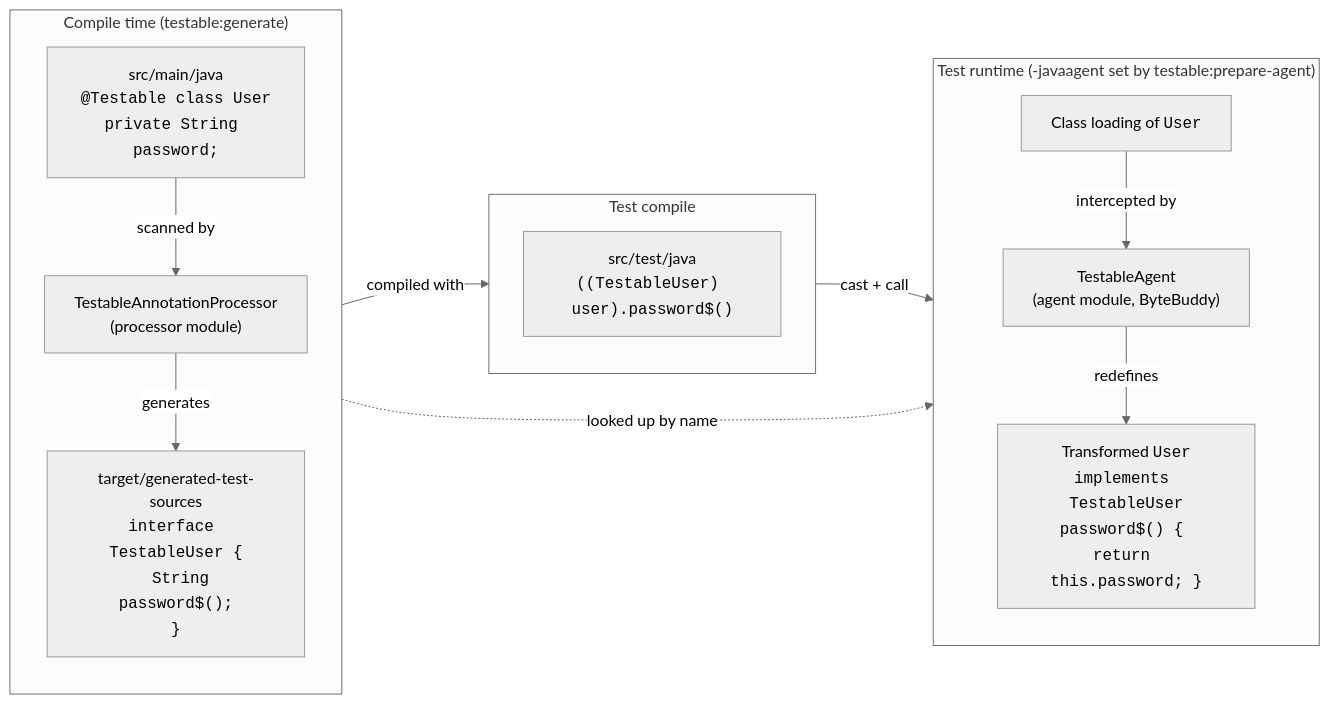
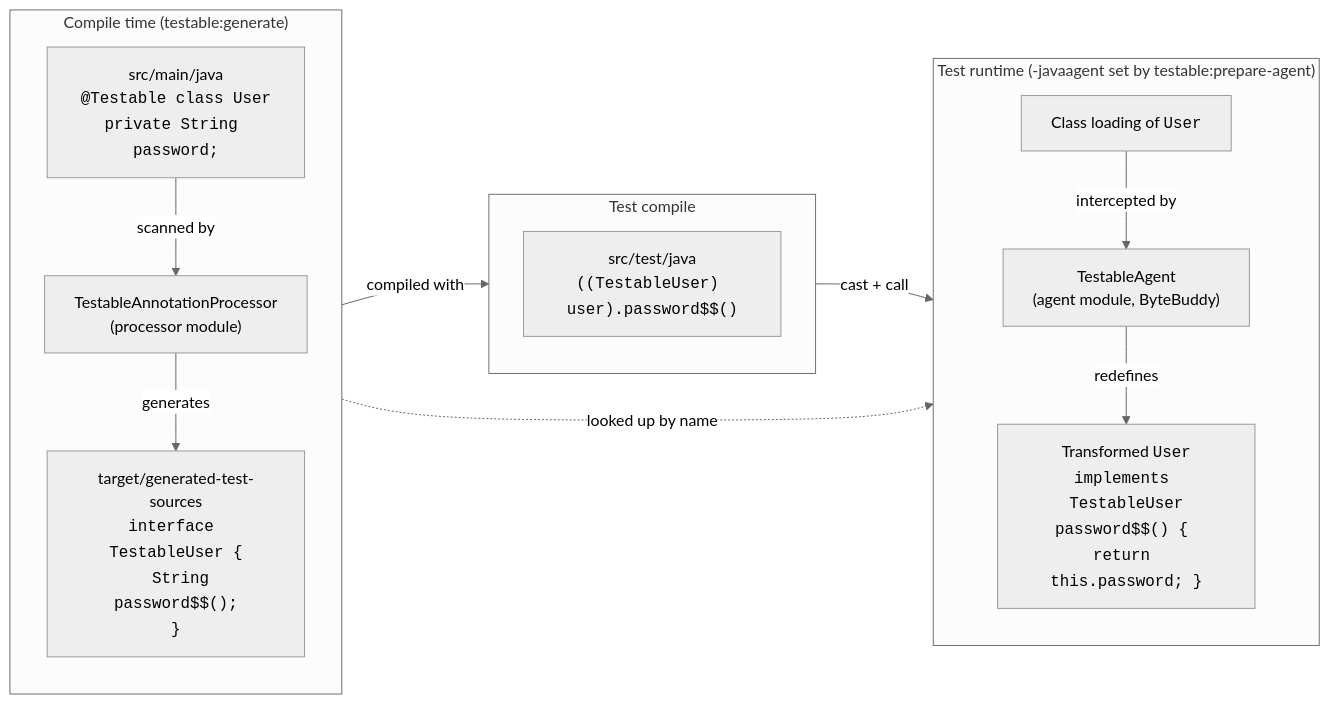
Before and after one commit to OlivierCroisier/Testable: the diagram in README.md, drawn with Mermaid (neutral theme). The commit also changed other lines of this file and 18 other files, not shown here.

````diff
--- a/README.md
+++ b/README.md
@@ -28,29 +33,29 @@
 ```mermaid
 flowchart LR
     subgraph COMPILE["Compile time (testable:generate)"]
         direction TB
         SRC["src/main/java<br/><code>@Testable class User</code><br/><code>private String password;</code>"]
         AP["TestableAnnotationProcessor<br/>(processor module)"]
-        GEN["target/generated-test-sources<br/><code>interface TestableUser {</code><br/><code>  String password$();</code><br/><code>}</code>"]
+        GEN["target/generated-test-sources<br/><code>interface TestableUser {</code><br/><code>  String password$$();</code><br/><code>}</code>"]
         SRC -- "scanned by" --> AP
         AP -- "generates" --> GEN
     end
 
     subgraph TESTCOMPILE["Test compile"]
         direction TB
-        TEST["src/test/java<br/><code>((TestableUser) user).password$()</code>"]
+        TEST["src/test/java<br/><code>((TestableUser) user).password$$()</code>"]
     end
 
     subgraph RUNTIME["Test runtime (-javaagent set by testable:prepare-agent)"]
         direction TB
         CL["Class loading of <code>User</code>"]
         AG["TestableAgent<br/>(agent module, ByteBuddy)"]
-        TX["Transformed <code>User</code><br/><code>implements TestableUser</code><br/><code>password$() { return this.password; }</code>"]
+        TX["Transformed <code>User</code><br/><code>implements TestableUser</code><br/><code>password$$() { return this.password; }</code>"]
         CL -- "intercepted by" --> AG
         AG -- "redefines" --> TX
     end
 
     GEN -- "compiled with" --> TEST
     GEN -. "looked up by name" .-> AG
     TEST -- "cast + call" --> TX
 ```
````
